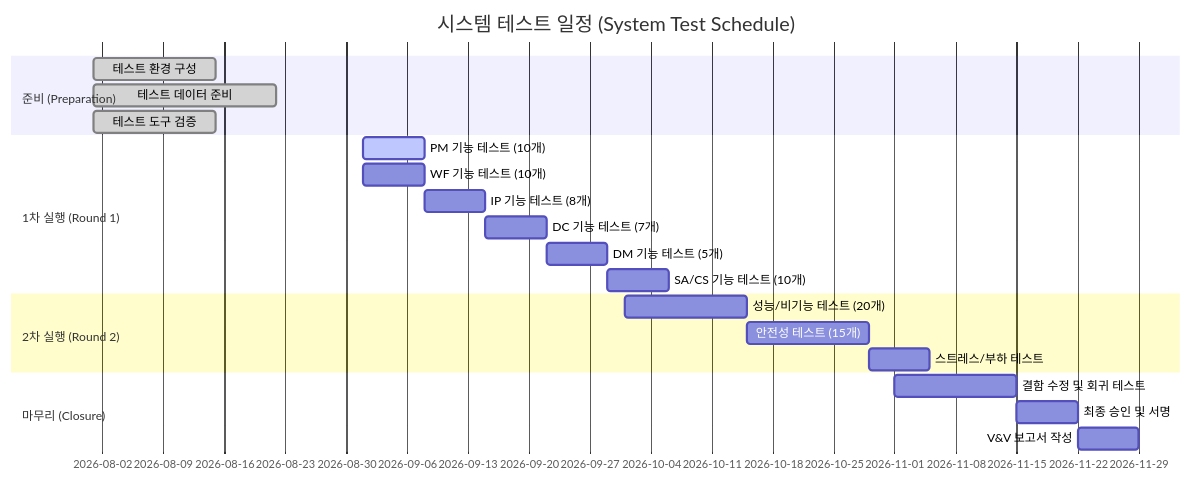
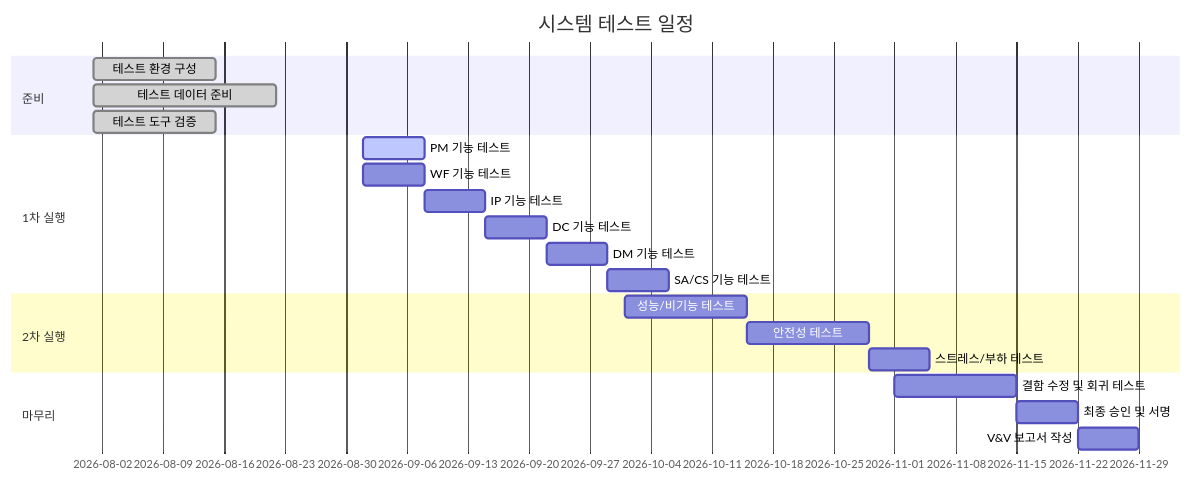
Before and after one commit to holee9/console-gui: the seventh of 7 diagrams in docs/testing/DOC-014_SystemTestPlan_v1.0.md, drawn with Mermaid. The commit also changed 10 other files, not shown here.

First line of the commit message:
fix: Gantt 차트 전면 수정 + 버전 불일치 해소

````diff
--- a/docs/testing/DOC-014_SystemTestPlan_v1.0.md
+++ b/docs/testing/DOC-014_SystemTestPlan_v1.0.md
@@ -499,27 +499,28 @@
 ```mermaid
 gantt
-    title 시스템 테스트 일정 (System Test Schedule)
+    title 시스템 테스트 일정
     dateFormat  YYYY-MM
-    section 준비 (Preparation)
+    section 준비
     테스트 환경 구성           :done, env, 2026-08, 2w
     테스트 데이터 준비         :done, data, 2026-08, 3w
     테스트 도구 검증           :done, tool, 2026-08, 2w
 
-    section 1차 실행 (Round 1)
-    PM 기능 테스트 (10개)      :active, pm, 2026-09, 1w
-    WF 기능 테스트 (10개)      :wf, 2026-09, 1w
-    IP 기능 테스트 (8개)       :ip, after wf, 1w
-    DC 기능 테스트 (7개)       :dc, after ip, 1w
-    DM 기능 테스트 (5개)       :dm, after dc, 1w
-    SA/CS 기능 테스트 (10개)   :cs, after dm, 1w
+    section 1차 실행
+    PM 기능 테스트      :active, pm, 2026-09, 1w
+    WF 기능 테스트      :wf, 2026-09, 1w
+    IP 기능 테스트       :ip, after wf, 1w
+    DC 기능 테스트       :dc, after ip, 1w
+    DM 기능 테스트       :dm, after dc, 1w
+    SA/CS 기능 테스트   :cs, after dm, 1w
 
-    section 2차 실행 (Round 2)
-    성능/비기능 테스트 (20개)  :perf, 2026-10, 2w
-    안전성 테스트 (15개)       :safety, after perf, 2w
+    section 2차 실행
+    성능/비기능 테스트  :perf, 2026-10, 2w
+    안전성 테스트       :safety, after perf, 2w
     스트레스/부하 테스트       :stress, after safety, 1w
 
-    section 마무리 (Closure)
+    section 마무리
     결함 수정 및 회귀 테스트   :regress, 2026-11, 2w
     최종 승인 및 서명          :approve, after regress, 1w
     V&V 보고서 작성            :report, after approve, 1w
+
 ```
````
